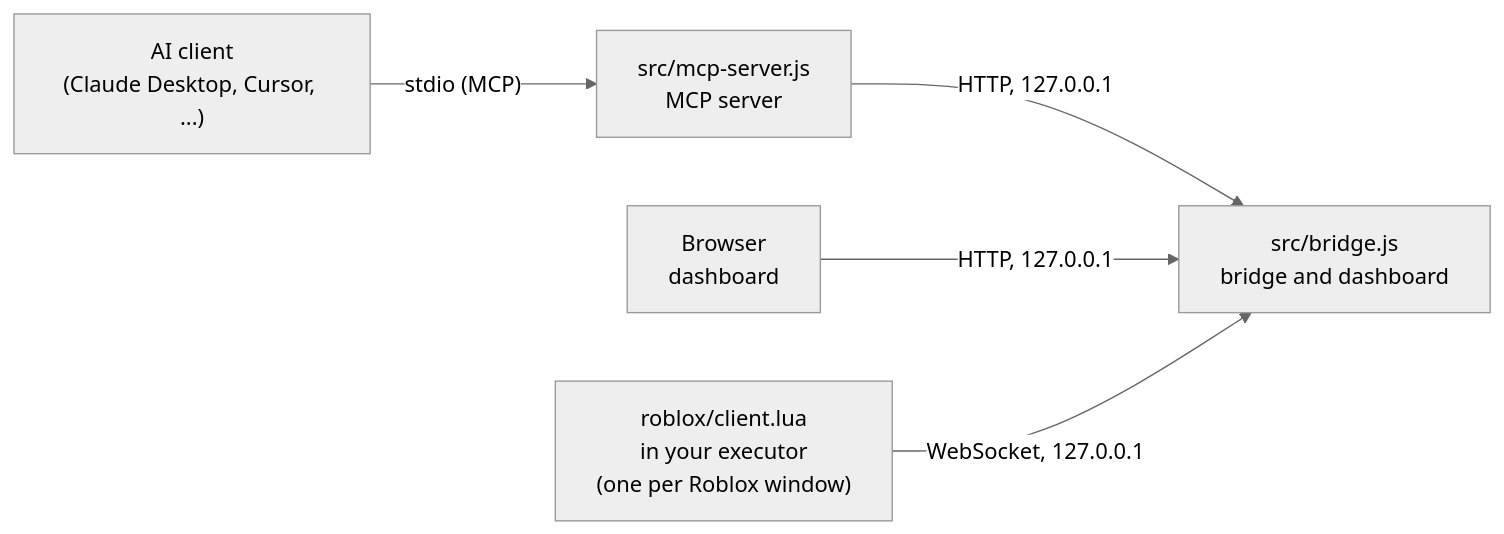
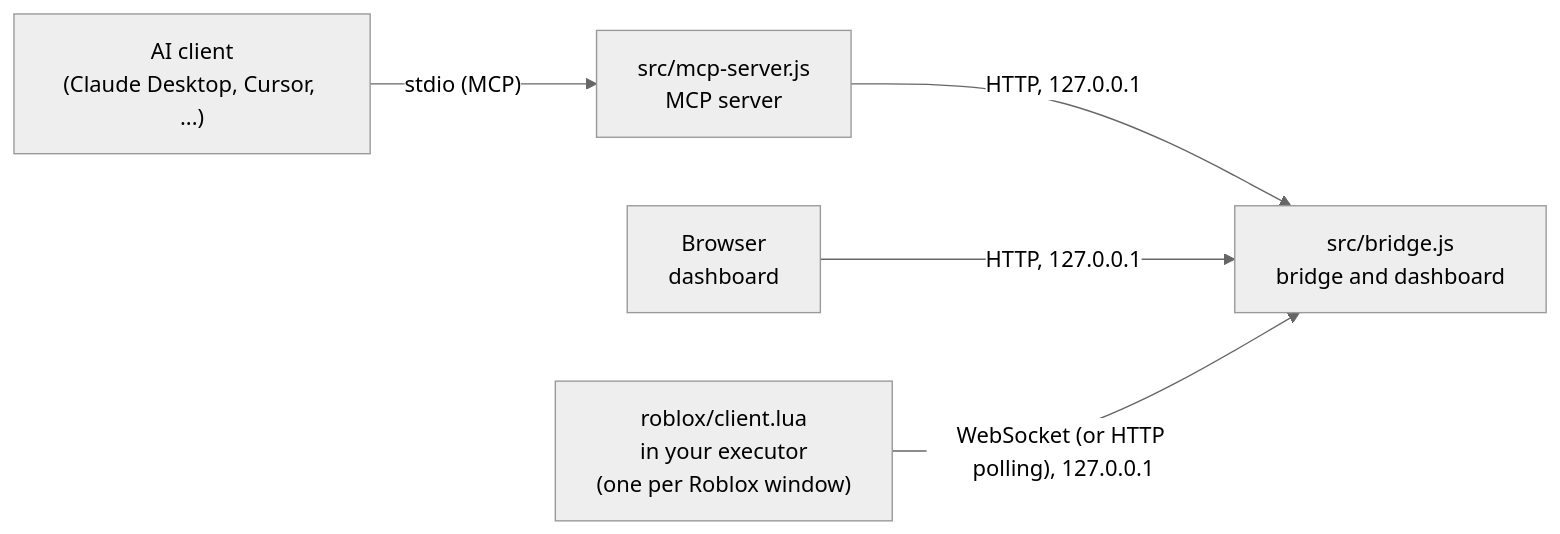
One commit to fiangg20/superbase changed the diagram in README.md. Above: the diagram before and after it, drawn with Mermaid (neutral theme). The commit also changed other lines of this file and 31 other files, not shown here.

````diff
--- a/README.md
+++ b/README.md
@@ -66,13 +71,13 @@
 ```mermaid
 flowchart LR
     AI["AI client<br/>(Claude Desktop, Cursor, ...)"]
     MCP["src/mcp-server.js<br/>MCP server"]
     Bridge["src/bridge.js<br/>bridge and dashboard"]
     Client["roblox/client.lua<br/>in your executor<br/>(one per Roblox window)"]
     Browser["Browser<br/>dashboard"]
 
     AI -- "stdio (MCP)" --> MCP
     MCP -- "HTTP, 127.0.0.1" --> Bridge
     Browser -- "HTTP, 127.0.0.1" --> Bridge
-    Client -- "WebSocket, 127.0.0.1" --> Bridge
+    Client -- "WebSocket (or HTTP polling), 127.0.0.1" --> Bridge
 ```
````
